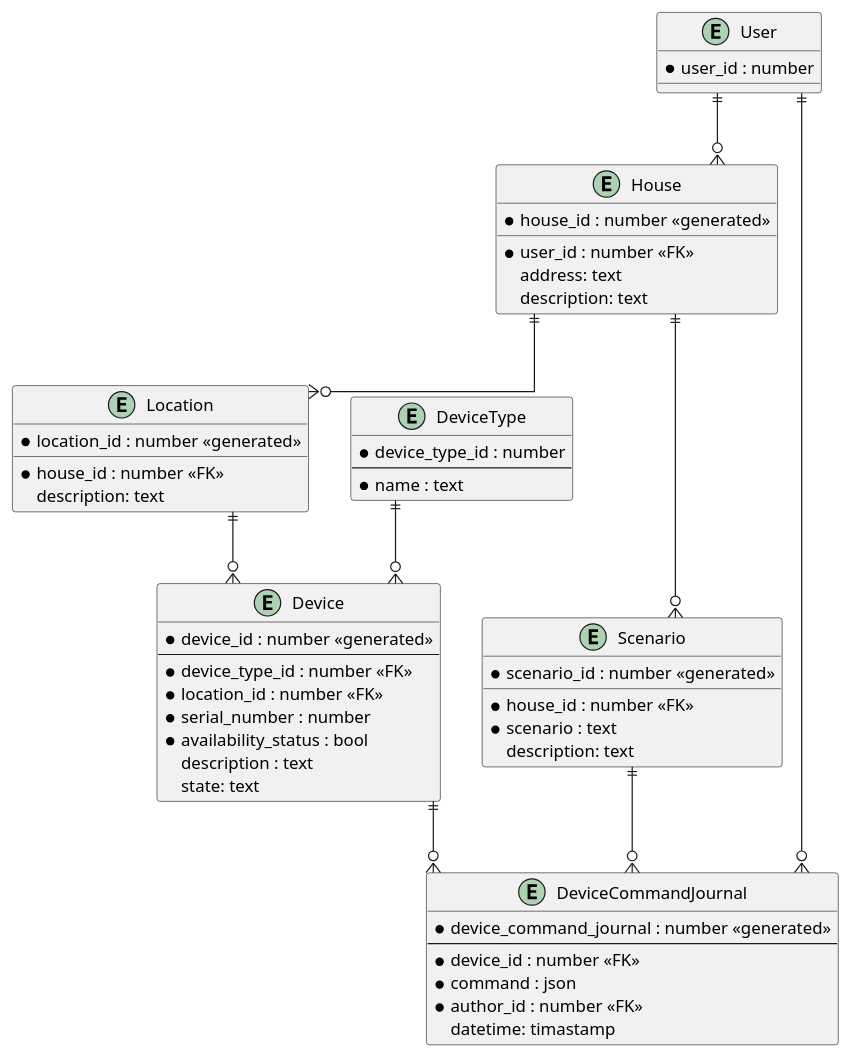
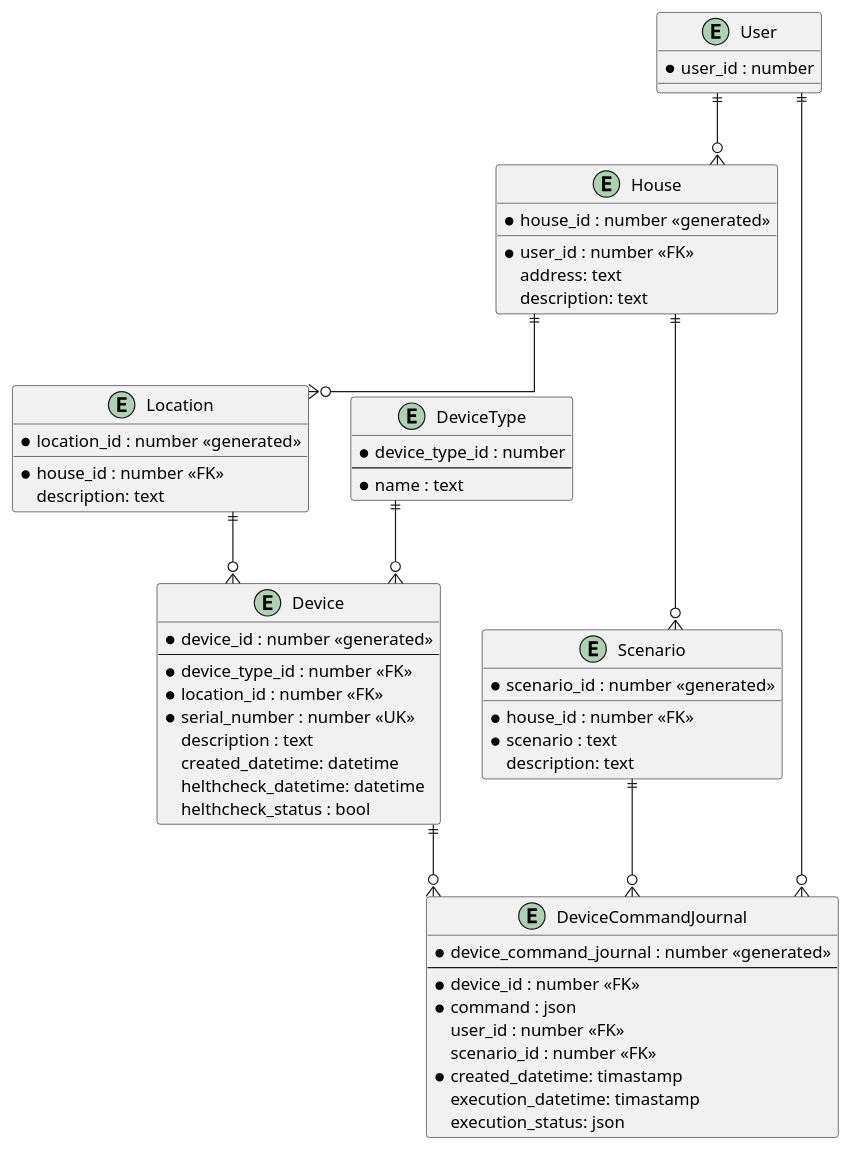
The diagram in schemas/er/er.puml (mikenina/architecture-pro-warmhouse), drawn with PlantUML before and after one commit. The commit also changed 5 other files, not shown here.

Commit message:
Async API added; some schemas fixes

```diff
--- a/schemas/er/er.puml
+++ b/schemas/er/er.puml
@@ -1,66 +1,70 @@
 @startuml
 skinparam linetype ortho
 
 entity "User" as user {
     *user_id : number 
 }
 
 entity "Device" as device {
     *device_id : number <<generated>>
     --
     *device_type_id : number <<FK>>
     *location_id : number <<FK>>
-    *serial_number : number
-    *availability_status : bool
+    *serial_number : number <<UK>>
     description : text
-    state: text
+    created_datetime: datetime
+    helthcheck_datetime: datetime
+    helthcheck_status : bool
 }
 
 entity "DeviceType" as device_type {
     *device_type_id : number
     --
     *name : text
 }
 
 entity "Location" as location {
     *location_id : number <<generated>>
     __
     *house_id : number <<FK>>
     description: text
 }
 
 entity "House" as house {
     *house_id : number <<generated>>
     __
     *user_id : number <<FK>>
     address: text
     description: text
 }
 
 entity "Scenario" as scenario {
     *scenario_id : number <<generated>>
     __
     *house_id : number <<FK>>
     *scenario : text
     description: text
 }
 
 entity "DeviceCommandJournal" as device_command_journal {
     *device_command_journal : number <<generated>>
     --
     *device_id : number <<FK>>
     *command : json
-    *author_id : number <<FK>>
-    datetime: timastamp
+    user_id : number <<FK>>
+    scenario_id : number <<FK>>
+    *created_datetime: timastamp
+    execution_datetime: timastamp
+    execution_status: json
 }
 
 device_type ||--o{ device
 user ||--o{ house
 house ||--o{ location
 house ||--o{ scenario
 location ||--o{ device
 device ||--o{ device_command_journal
 user ||--o{ device_command_journal
 scenario ||--o{ device_command_journal
 
 @enduml
```
